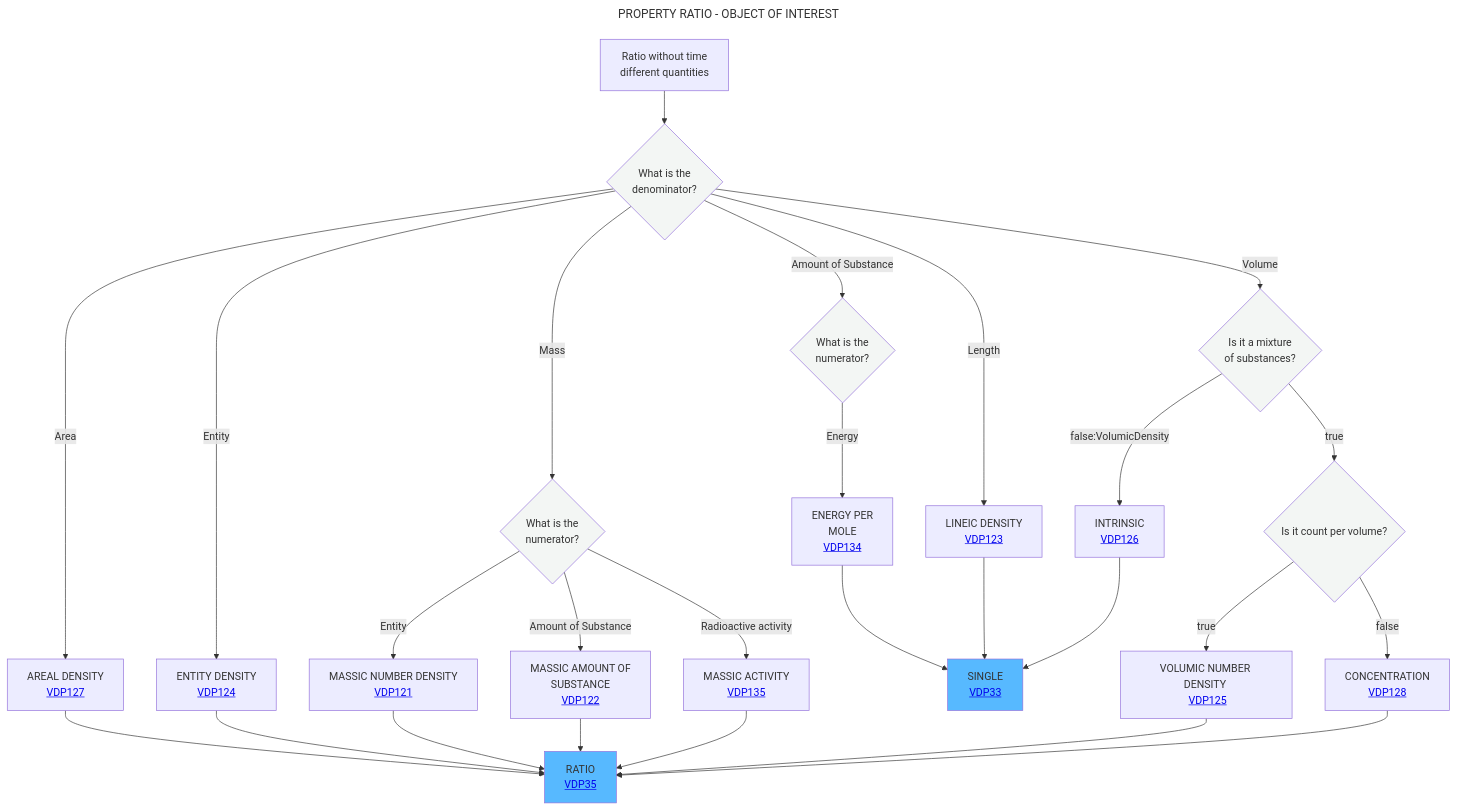
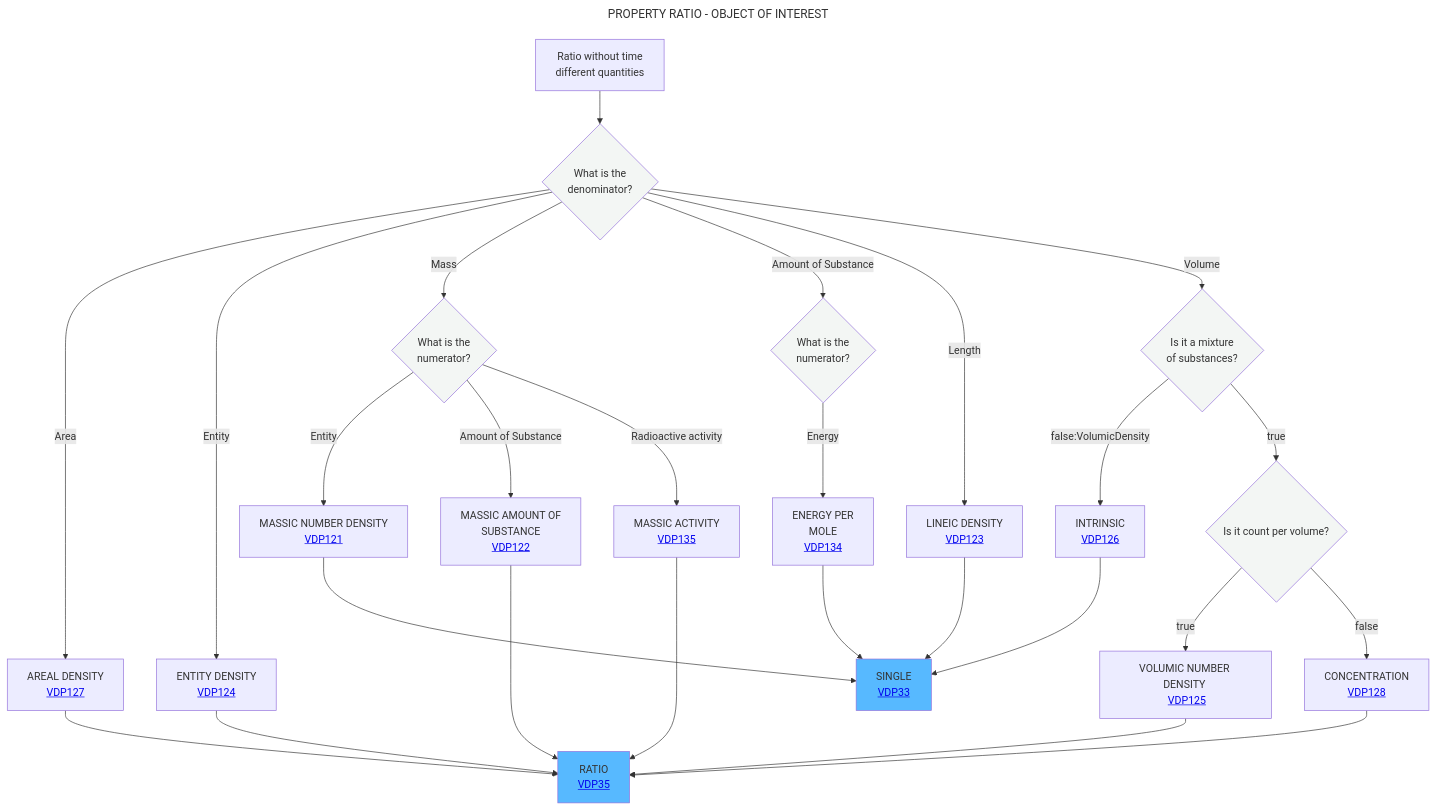
Before and after one commit to mabablue/I-ADOPT-patterns-playground: the diagram in Decisition_trees/DT5.mmd, drawn with Mermaid.

```diff
--- a/Decisition_trees/DT5.mmd
+++ b/Decisition_trees/DT5.mmd
@@ -1,33 +1,33 @@
 ---
 title: PROPERTY RATIO - OBJECT OF INTEREST
 ---
 flowchart TD
     A[Ratio without time <br> different quantities] --> B{What is the <br> denominator?}:::white
     B -- Area -->C[AREAL DENSITY <br> <a href='https://github.com/mabablue/I-ADOPT-patterns-playground/blob/main/pattern/VDP127.yaml'>VDP127</a>]
     B -- Entity -->F[ENTITY DENSITY <br> <a href='https://github.com/mabablue/I-ADOPT-patterns-playground/blob/main/pattern/VDP124.yaml'>VDP124</a>]
     B -- Mass -->E{What is the <br> numerator?}:::white
     B -- Amount of Substance --> R{What is the <br> numerator?}:::white
     B -- Length -->D[LINEIC DENSITY <br> <a href='https://github.com/mabablue/I-ADOPT-patterns-playground/blob/main/pattern/VDP123.yaml'>VDP123</a>]
     E -- Entity --> L[MASSIC NUMBER DENSITY <br> <a href='https://github.com/mabablue/I-ADOPT-patterns-playground/blob/main/pattern/VDP121.yaml'>VDP121</a>]
     E -- Amount of Substance --> P[MASSIC AMOUNT OF <br> SUBSTANCE <br> <a href='https://github.com/mabablue/I-ADOPT-patterns-playground/blob/main/pattern/VDP122.yaml'>VDP122</a>]
     E -- Radioactive activity --> Q[MASSIC ACTIVITY <br> <a href='https://github.com/mabablue/I-ADOPT-patterns-playground/blob/main/pattern/VDP135.yaml'>VDP135</a>]
     B -- Volume -->G{Is it a mixture <br> of substances?}:::white
     G -- false:VolumicDensity-->H[INTRINSIC <br> <a href='https://github.com/mabablue/I-ADOPT-patterns-playground/blob/main/pattern/VDP126.yaml'>VDP126</a>]
     G--> |true|J{Is it count per volume?}:::white
     J --> |true|I[VOLUMIC NUMBER DENSITY <br> <a href='https://github.com/mabablue/I-ADOPT-patterns-playground/blob/main/pattern/VDP125.yaml'>VDP125</a>]
     J --> |false|M[CONCENTRATION <br> <a href='https://github.com/mabablue/I-ADOPT-patterns-playground/blob/main/pattern/VDP128.yaml'>VDP128</a>]
     I --> N
     C --> N[RATIO <br> <a href='https://github.com/mabablue/I-ADOPT-patterns-playground/blob/main/pattern/VDP35.yaml'>VDP35</a>]:::satblue
     F --> N
     D --> O[SINGLE <br> <a href='https://github.com/mabablue/I-ADOPT-patterns-playground/blob/main/pattern/VDP33.yaml'>VDP33</a>]:::satblue
     R -- Energy --> S[ENERGY PER <br> MOLE <br> <a href='https://github.com/mabablue/I-ADOPT-patterns-playground/blob/main/pattern/VDP134.yaml'>VDP134</a>]
     H --> O
-    L --> N
     P --> N
     M --> N
     S --> O
     Q --> N
+    L --> O
    classDef blue fill:#90D5FF
    classDef satblue fill:#57B9FF 
    classDef white fill:#f3f6f4
    classDef green fill:#6aa84f
```
